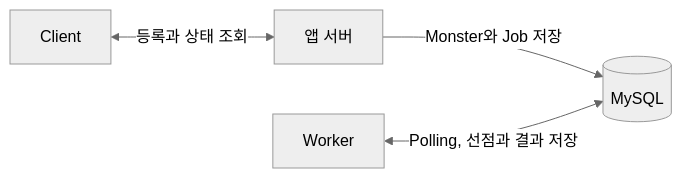
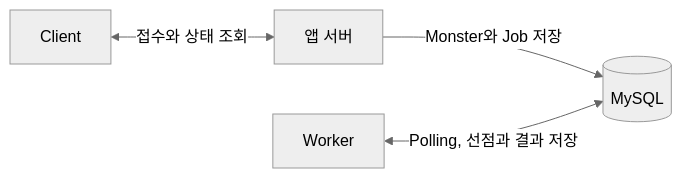
The fourth of 6 diagrams in LEVEL4-milan.md (woowacourse/woowa-writing), drawn with Mermaid (neutral theme) before and after one commit. The commit also changed other lines of this file, not shown here.

````diff
--- a/LEVEL4-milan.md
+++ b/LEVEL4-milan.md
@@ -141,6 +141,6 @@
 ```mermaid
 flowchart LR
-    client["Client"] <-->|"등록과 상태 조회"| web["앱 서버"]
+    client["Client"] <-->|"접수와 상태 조회"| web["앱 서버"]
     web -->|"Monster와 Job 저장"| mysql[("MySQL")]
     worker["Worker"] <-->|"Polling, 선점과 결과 저장"| mysql
 ```
````
